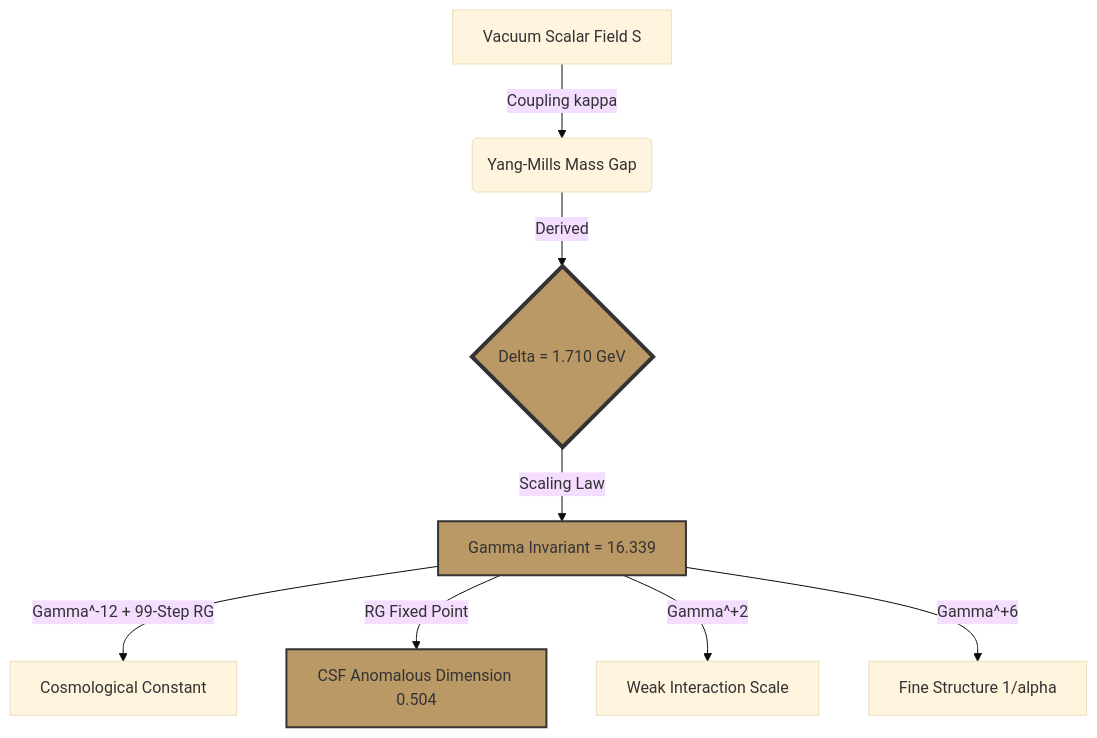
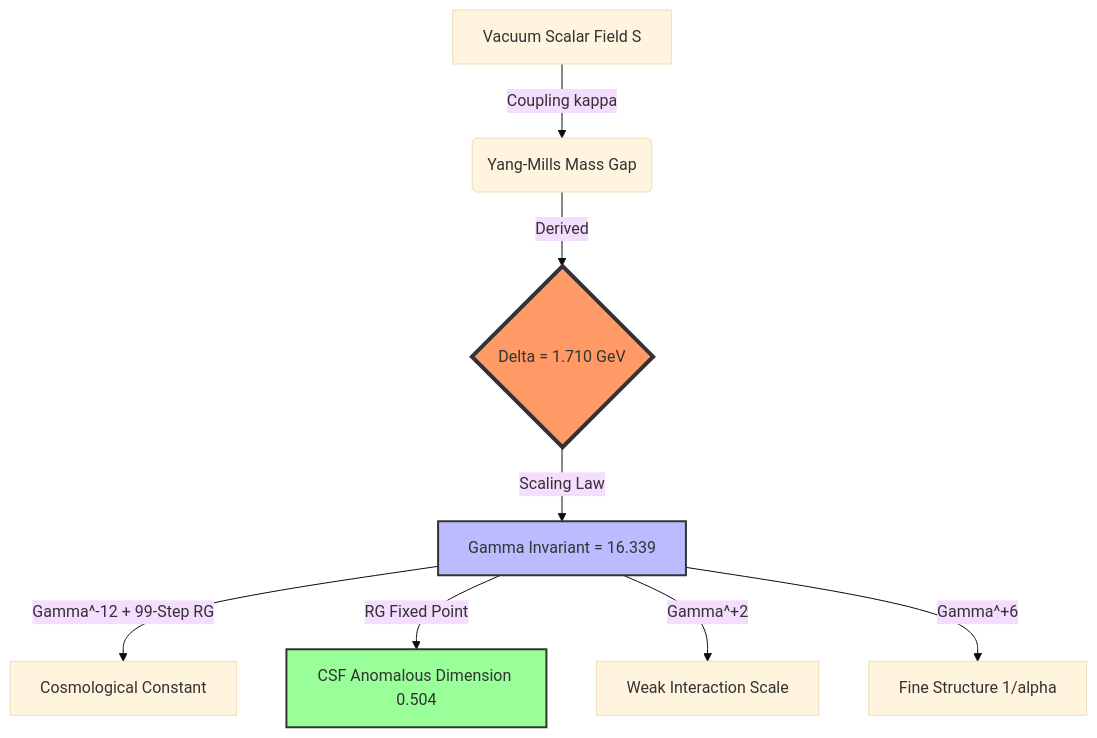
One commit to badbugsarts-hue/UIDT-Framework-V3.2-Canonical changed the diagram in README.md. Above: the diagram before and after it, drawn with Mermaid (base theme). The commit also changed other lines of this file, not shown here.

`````diff
--- a/README.md
+++ b/README.md
@@ -66,15 +64,15 @@
 ```mermaid
 graph TD
     A[Vacuum Scalar Field S] -->|Coupling kappa| B(Yang-Mills Mass Gap);
     B -->|Derived| C{Delta = 1.710 GeV};
     C -->|Scaling Law| D[Gamma Invariant = 16.339];
     
     D -->|Gamma^-12 + 99-Step RG| E[Cosmological Constant];
     D -->|RG Fixed Point| F[CSF Anomalous Dimension 0.504];
     D -->|Gamma^+2| G[Weak Interaction Scale];
     D -->|Gamma^+6| H[Fine Structure 1/alpha];
     
-    style C fill:#b96,stroke:#333,stroke-width:4px
-    style D fill:#b96,stroke:#333,stroke-width:2px
-    style F fill:#b96,stroke:#333,stroke-width:2px
+    style C fill:#f96,stroke:#333,stroke-width:4px
+    style D fill:#bbf,stroke:#333,stroke-width:2px
+    style F fill:#9f9,stroke:#333,stroke-width:2px
 ````
`````
